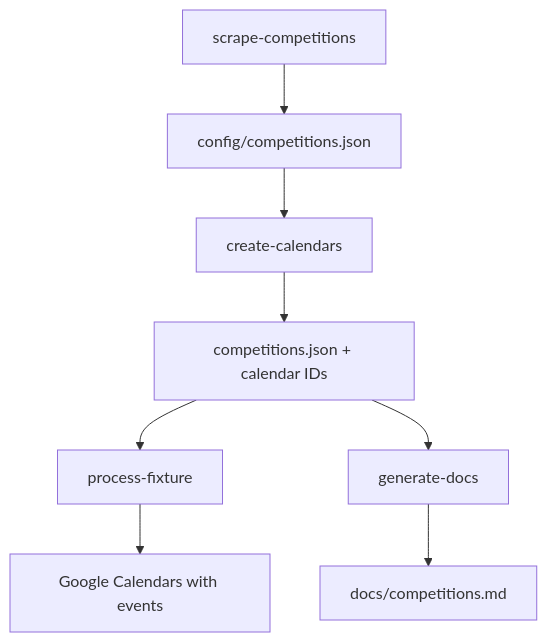
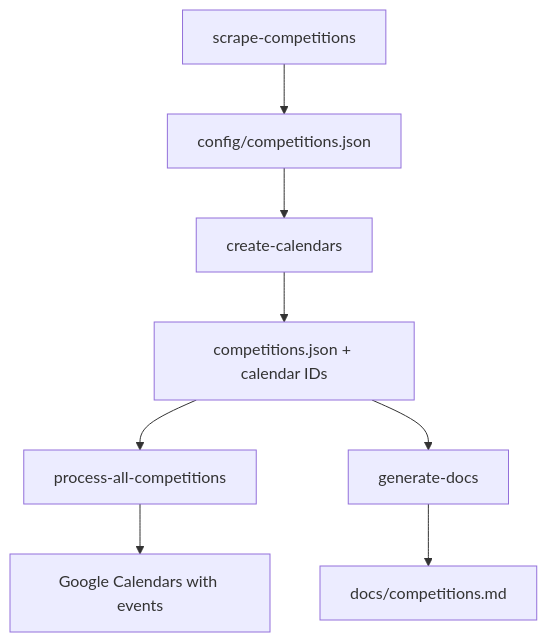
Before and after one commit to mawiseman/hockey-victoria-club-calendars: the diagram in README.md, drawn with Mermaid. The commit also changed other lines of this file and 20 other files, not shown here.

````diff
--- a/README.md
+++ b/README.md
@@ -290,10 +403,10 @@
 ```mermaid
 graph TD
     A[scrape-competitions] --> B[config/competitions.json]
     B --> C[create-calendars]
     C --> D[competitions.json + calendar IDs]
-    D --> E[process-fixture]
+    D --> E[process-all-competitions]
     E --> F[Google Calendars with events]
     D --> G[generate-docs]
     G --> H[docs/competitions.md]
 ```
````
